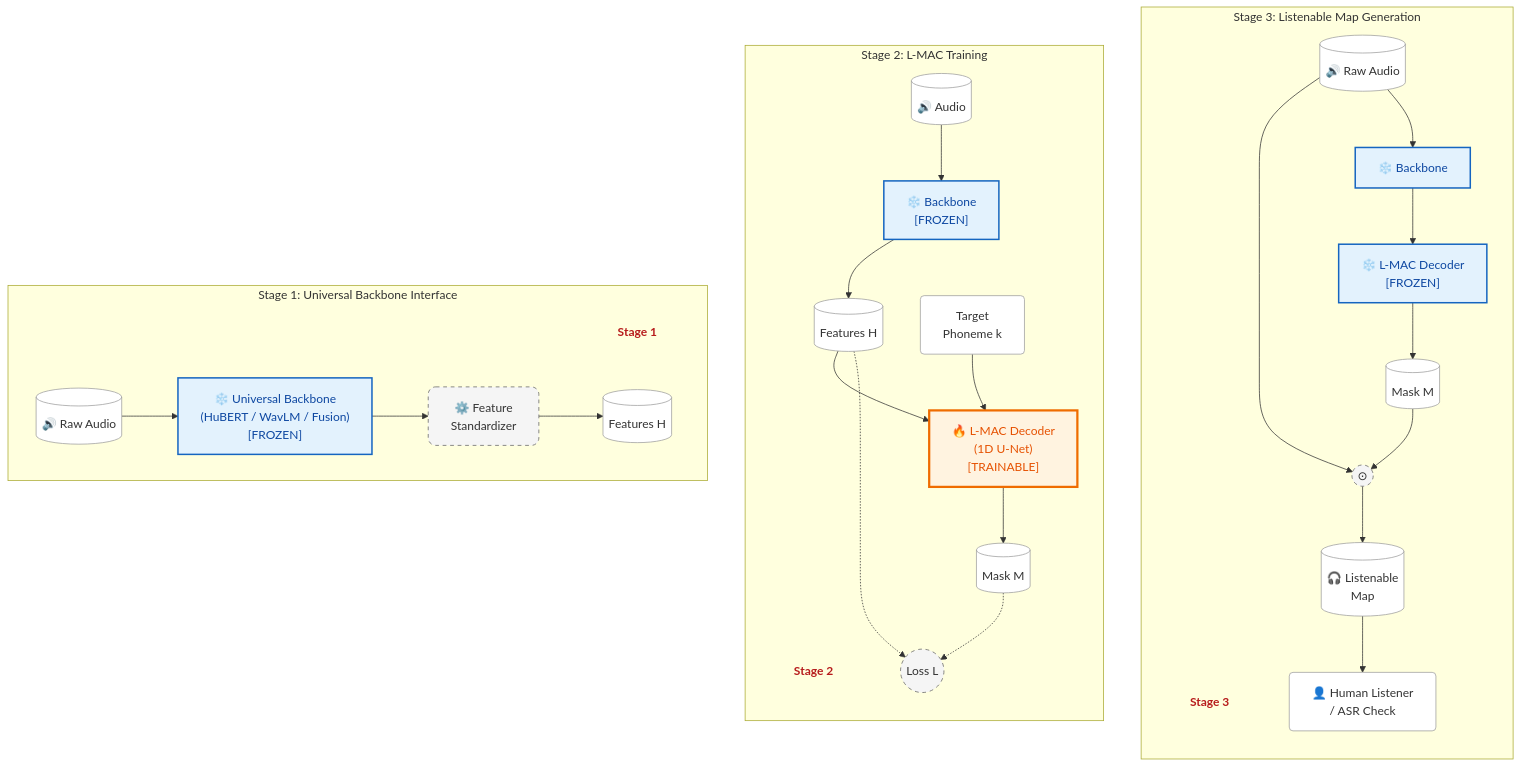
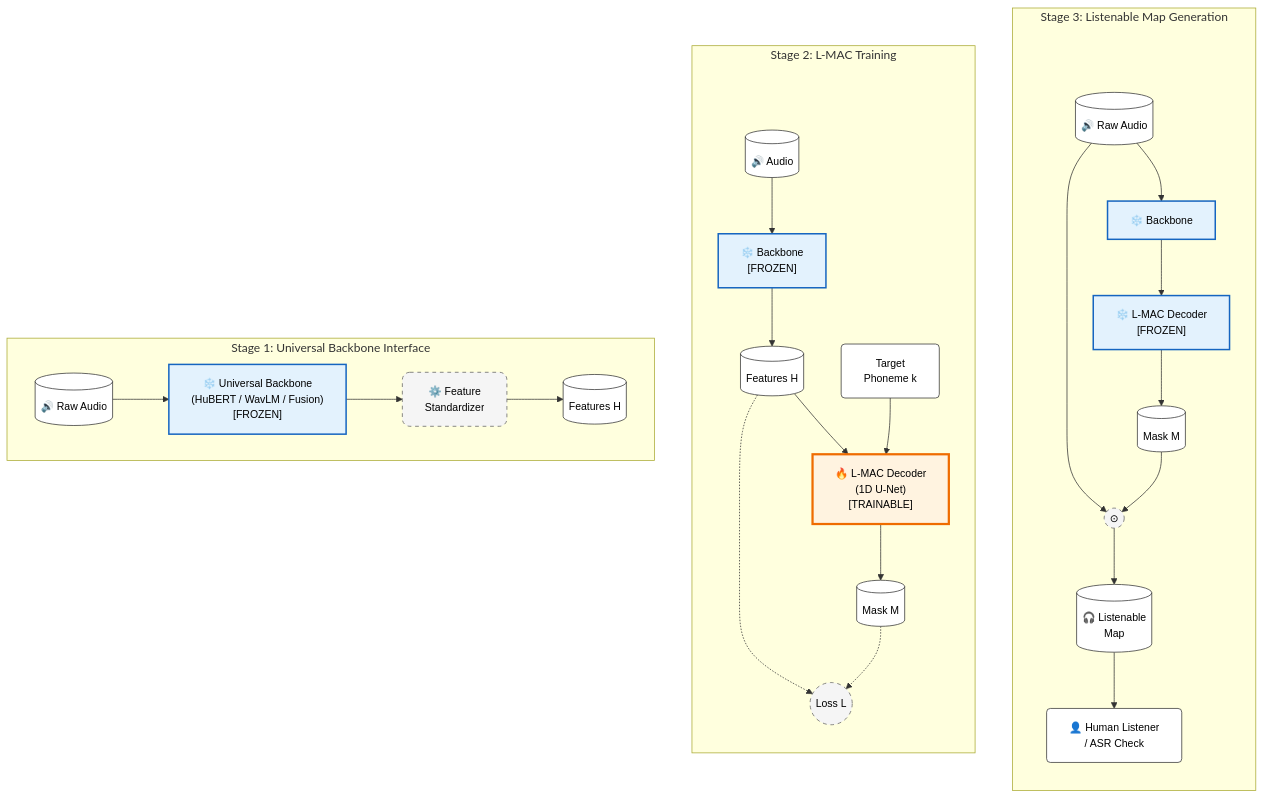
One commit to maurocarlu/pronuncIAtion changed the diagram in docs/LMAC_ARCHITECTURE.md. Above: the diagram before and after it, drawn with Mermaid.

````diff
--- a/docs/LMAC_ARCHITECTURE.md
+++ b/docs/LMAC_ARCHITECTURE.md
@@ -7,23 +7,26 @@
 ```mermaid
 flowchart LR
-    %% --- STYLES ---
-    classDef frozen fill:#E3F2FD,stroke:#1565C0,stroke-width:2px,color:#0D47A1;
-    classDef trainable fill:#FFF3E0,stroke:#EF6C00,stroke-width:3px,color:#E65100;
-    classDef data fill:#FFFFFF,stroke:#9E9E9E,stroke-width:1px,rx:5,ry:5;
-    classDef operation fill:#F5F5F5,stroke:#616161,stroke-width:1px,stroke-dasharray: 5 5,rx:10,ry:10;
-    classDef title fill:none,stroke:none,color:#B71C1C,font-size:16px,font-weight:bold;
+    %% --- GLOBAL STYLES ---
+    %% Increased font size and enforced high-contrast text colors
+    classDef default font-family:sans-serif,font-size:14px;
+    
+    classDef frozen fill:#E3F2FD,stroke:#1565C0,stroke-width:2px,color:#000000;
+    classDef trainable fill:#FFF3E0,stroke:#EF6C00,stroke-width:3px,color:#000000;
+    classDef data fill:#FFFFFF,stroke:#333333,stroke-width:1px,rx:5,ry:5,color:#000000;
+    classDef operation fill:#F5F5F5,stroke:#616161,stroke-width:1px,stroke-dasharray: 5 5,rx:10,ry:10,color:#000000;
+    classDef title fill:none,stroke:none,color:#B71C1C,font-size:18px,font-weight:bold;
+    classDef spacer fill:none,stroke:none,color:#000000,width:0px,height:0px;
 
     %% ==========================================
     %% STAGE 1: UNIVERSAL INTERFACE
     %% ==========================================
     subgraph S1 ["Stage 1: Universal Backbone Interface"]
         direction LR
-        S1_Title[Stage 1]:::title
         
         %% Nodes
         Audio1[("🔊 Raw Audio")]:::data
-        Backbone1["❄️ Universal Backbone\n(HuBERT / WavLM / Fusion)\n[FROZEN]"]:::frozen
-        Standardizer1["⚙️ Feature\nStandardizer"]:::operation
+        Backbone1["❄️ Universal Backbone<br/>(HuBERT / WavLM / Fusion)<br/>[FROZEN]"]:::frozen
+        Standardizer1["⚙️ Feature<br/>Standardizer"]:::operation
         Feat1[("Features H")]:::data
         
         %% Connections
@@ -37,22 +40,25 @@
     %% ==========================================
     subgraph S2 ["Stage 2: L-MAC Training"]
         direction TB
-        S2_Title[Stage 2]:::title
+        
+        %% Spacer to separate title from nodes
+        SpacerS2[ ]:::spacer
         
         %% Top Row Nodes
         Audio2[("🔊 Audio")]:::data
-        Backbone2["❄️ Backbone\n[FROZEN]"]:::frozen
+        Backbone2["❄️ Backbone<br/>[FROZEN]"]:::frozen
         Feat2[("Features H")]:::data
         
         %% Training Core
-        TargetPh["Target\nPhoneme k"]:::data
-        LMAC2["🔥 L-MAC Decoder\n(1D U-Net)\n[TRAINABLE]"]:::trainable
+        TargetPh["Target<br/>Phoneme k"]:::data
+        LMAC2["🔥 L-MAC Decoder<br/>(1D U-Net)<br/>[TRAINABLE]"]:::trainable
         Mask2[("Mask M")]:::data
         
         %% Loss
         LossOp(("Loss L")):::operation
         
         %% Connections
+        SpacerS2 ~~~ Audio2
         Audio2 --> Backbone2
         Backbone2 --> Feat2
         Feat2 --> LMAC2
@@ -62,9 +68,6 @@
         %% Loss Connections
         Mask2 -.-> LossOp
         Feat2 -.-> LossOp
-        
-        %% Enforce layout
-        Backbone2 ~~~ LMAC2
     end
 
     %% ==========================================
@@ -72,22 +75,25 @@
     %% ==========================================
     subgraph S3 ["Stage 3: Listenable Map Generation"]
         direction TB
-        S3_Title[Stage 3]:::title
+        
+        %% Spacer to separate title from nodes to fix overlap
+        SpacerS3[ ]:::spacer
         
         %% Input
         Audio3[("🔊 Raw Audio")]:::data
         
         %% Path 1: Mask Gen
         Backbone3["❄️ Backbone"]:::frozen
-        LMAC3["❄️ L-MAC Decoder\n[FROZEN]"]:::frozen
+        LMAC3["❄️ L-MAC Decoder<br/>[FROZEN]"]:::frozen
         Mask3[("Mask M")]:::data
         
         %% Path 2: Application
         DotProd(("⊙")):::operation
-        ListenableMap[("🎧 Listenable\nMap")]:::data
-        Human["👤 Human Listener\n/ ASR Check"]:::data
+        ListenableMap[("🎧 Listenable<br/>Map")]:::data
+        Human["👤 Human Listener<br/>/ ASR Check"]:::data
         
         %% Connections
+        SpacerS3 ~~~ Audio3
         Audio3 --> Backbone3
         Backbone3 --> LMAC3 --> Mask3
         
````
